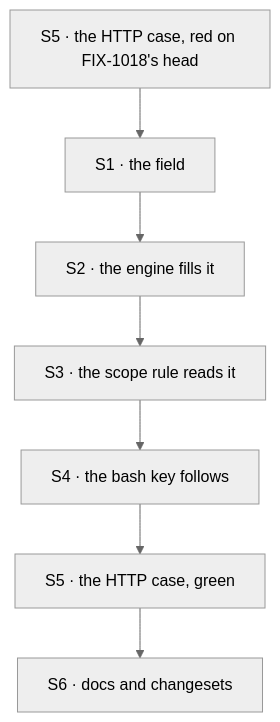
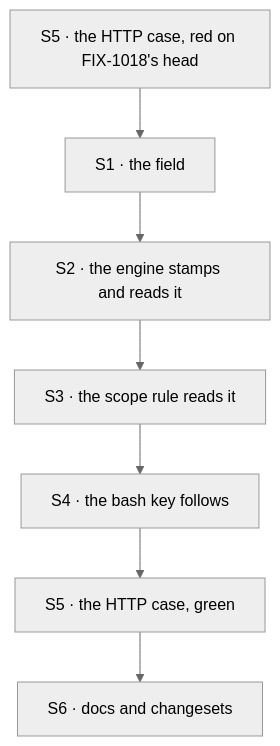
One commit to fixpoint-labs/flow-state-dev changed the diagram in specs/issues/FIX-1286/PLAN.md. Above: the diagram before and after it, drawn with Mermaid (neutral theme). The commit also changed other lines of this file and 11 other files, not shown here.

````diff
--- a/specs/issues/FIX-1286/PLAN.md
+++ b/specs/issues/FIX-1286/PLAN.md
@@ -24,9 +37,9 @@
 ```mermaid
 flowchart TD
   S5a["S5 · the HTTP case, red on FIX-1018's head"] --> S1["S1 · the field"]
-  S1 --> S2["S2 · the engine fills it"]
+  S1 --> S2["S2 · the engine stamps and reads it"]
   S2 --> S3["S3 · the scope rule reads it"]
   S3 --> S4["S4 · the bash key follows"]
   S4 --> S5b["S5 · the HTTP case, green"]
   S5b --> S6["S6 · docs and changesets"]
 ```
````
